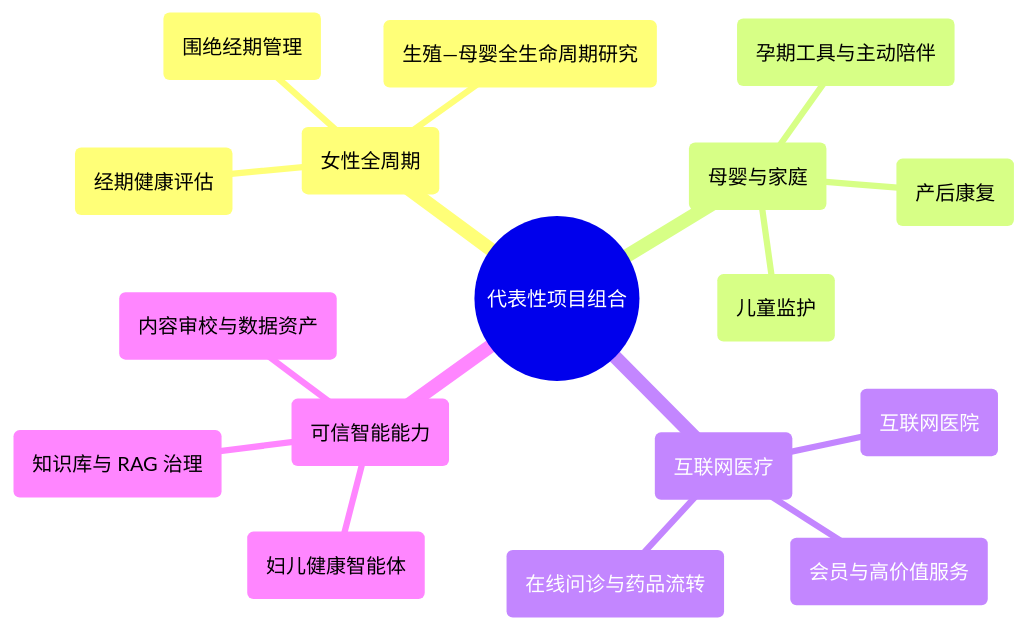
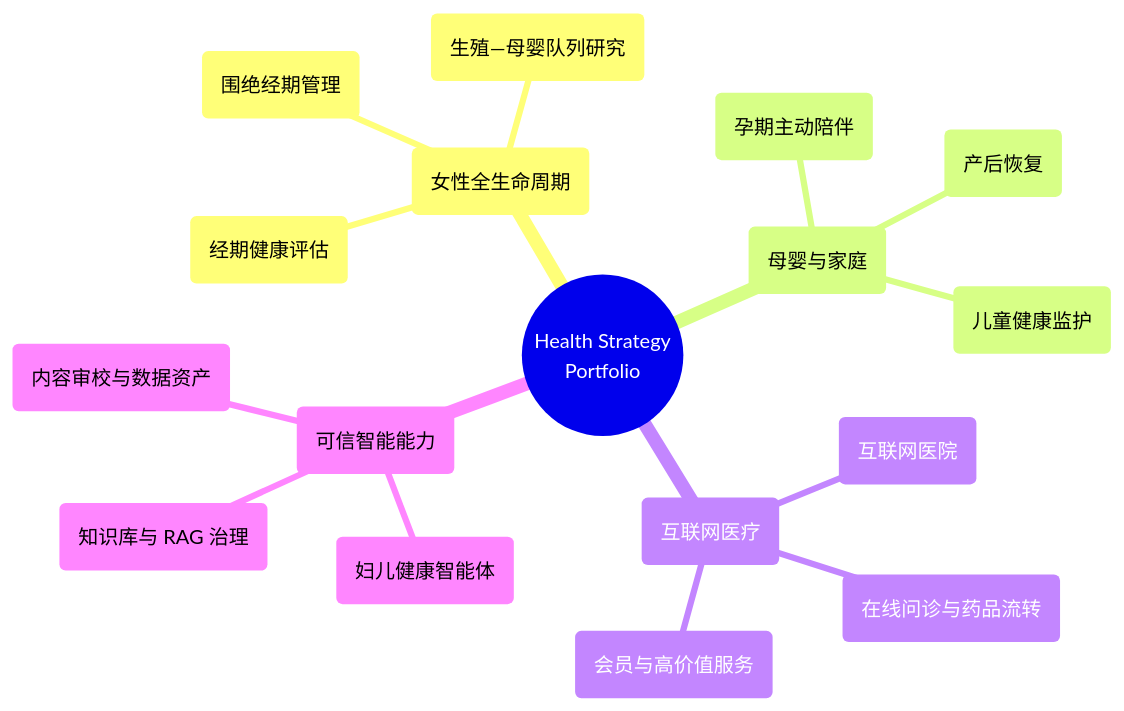
One commit to televgtamfe-coder/digital-health-care changed the second of 5 diagrams in README.md. Above: the diagram before and after it, drawn with Mermaid. The commit also changed other lines of this file, not shown here.

Commit message:
restructure README as professional health strategy portfolio

````diff
--- a/README.md
+++ b/README.md
@@ -94,20 +46,20 @@
 ```mermaid
 mindmap
-  root(("代表性项目组合"))
-    ("女性全周期")
+  root(("Health Strategy<br/>Portfolio"))
+    ("女性全生命周期")
       ("经期健康评估")
-      ("生殖—母婴全生命周期研究")
+      ("生殖—母婴队列研究")
       ("围绝经期管理")
     ("母婴与家庭")
-      ("孕期工具与主动陪伴")
-      ("产后康复")
-      ("儿童监护")
+      ("孕期主动陪伴")
+      ("产后恢复")
+      ("儿童健康监护")
     ("互联网医疗")
       ("互联网医院")
       ("在线问诊与药品流转")
       ("会员与高价值服务")
     ("可信智能能力")
       ("妇儿健康智能体")
       ("知识库与 RAG 治理")
       ("内容审校与数据资产")
 ```
````
